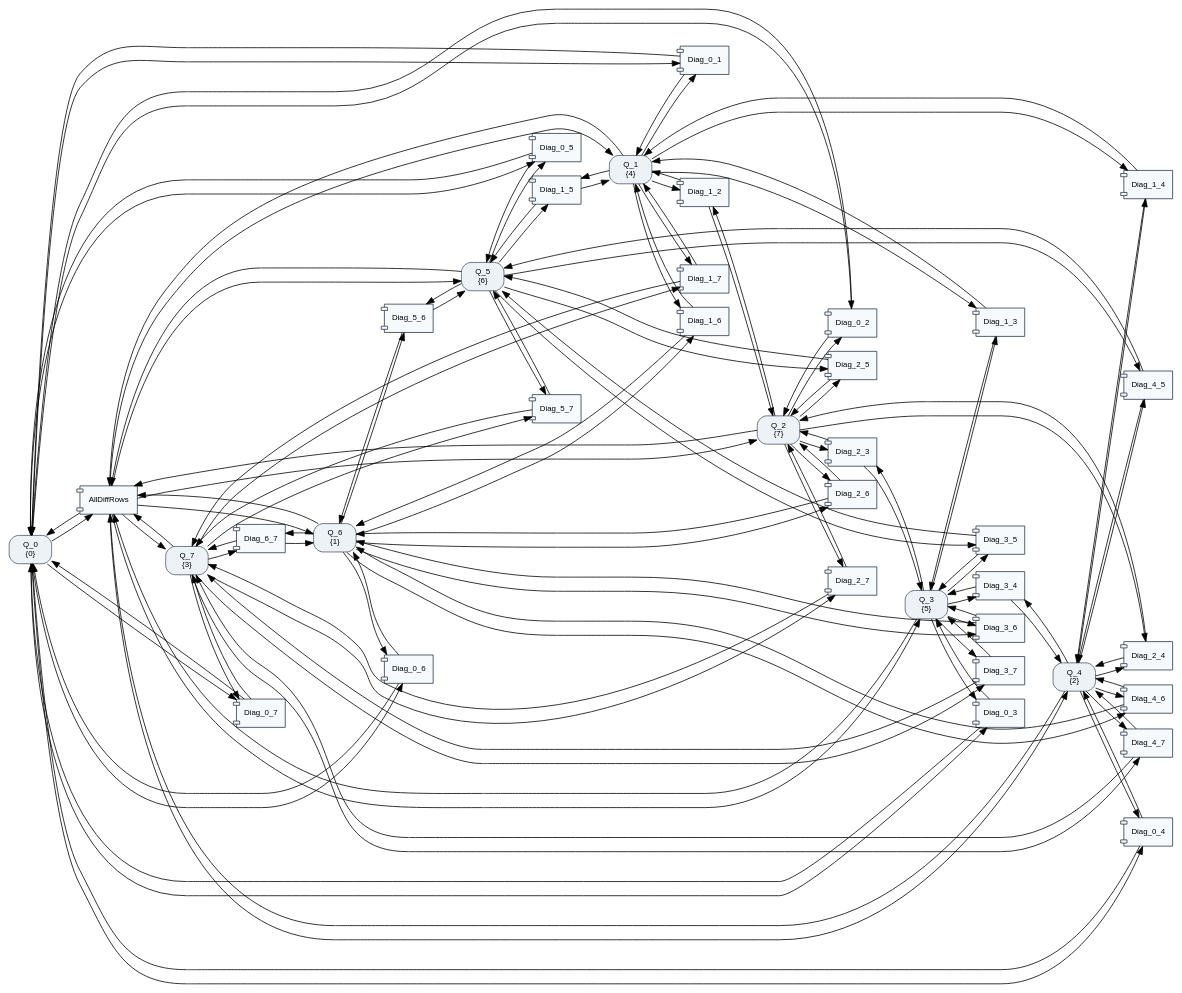
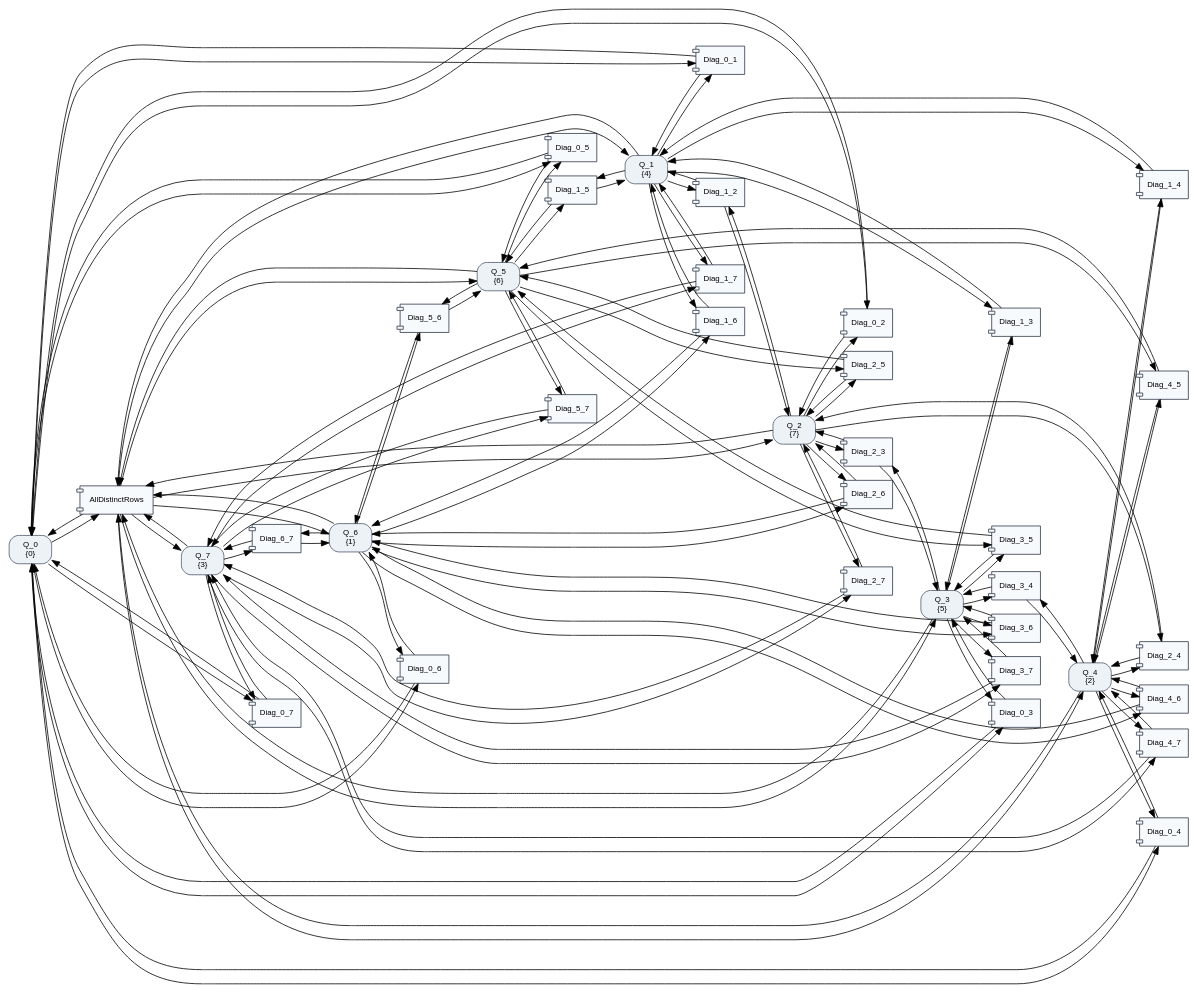
One commit to dougransom/lattice-propagator changed the diagram in docs/assets/n_queens_network.dot. Above: the diagram before and after it, drawn with Graphviz. The commit also changed 39 other files, not shown here.

First line of the commit message:
feat(primitives,docs): add AllDistinctPropagator, DelayedPropagator, tree_reduce/tree_sum, polymorphic graph, and relocate schematics

```diff
--- a/docs/assets/n_queens_network.dot
+++ b/docs/assets/n_queens_network.dot
@@ -1,172 +1,172 @@
 digraph "8Queens" {
   rankdir="LR";
   node [fontname="Helvetica", fontsize=10];
   edge [fontname="Helvetica", fontsize=9];
 
   C_Q_0 [label="Q_0\n{0}", shape=box, style="filled,rounded", fillcolor="#edf2f7", color="#4a5568"];
   C_Q_1 [label="Q_1\n{4}", shape=box, style="filled,rounded", fillcolor="#edf2f7", color="#4a5568"];
   C_Q_2 [label="Q_2\n{7}", shape=box, style="filled,rounded", fillcolor="#edf2f7", color="#4a5568"];
   C_Q_3 [label="Q_3\n{5}", shape=box, style="filled,rounded", fillcolor="#edf2f7", color="#4a5568"];
   C_Q_4 [label="Q_4\n{2}", shape=box, style="filled,rounded", fillcolor="#edf2f7", color="#4a5568"];
   C_Q_5 [label="Q_5\n{6}", shape=box, style="filled,rounded", fillcolor="#edf2f7", color="#4a5568"];
   C_Q_6 [label="Q_6\n{1}", shape=box, style="filled,rounded", fillcolor="#edf2f7", color="#4a5568"];
   C_Q_7 [label="Q_7\n{3}", shape=box, style="filled,rounded", fillcolor="#edf2f7", color="#4a5568"];
-  P_AllDiffRows [label="AllDiffRows", shape=component, style=filled, fillcolor="#f7fafc", color="#2d3748"];
+  P_AllDistinctRows [label="AllDistinctRows", shape=component, style=filled, fillcolor="#f7fafc", color="#2d3748"];
   P_Diag_0_1 [label="Diag_0_1", shape=component, style=filled, fillcolor="#f7fafc", color="#2d3748"];
   P_Diag_0_2 [label="Diag_0_2", shape=component, style=filled, fillcolor="#f7fafc", color="#2d3748"];
   P_Diag_0_3 [label="Diag_0_3", shape=component, style=filled, fillcolor="#f7fafc", color="#2d3748"];
   P_Diag_0_4 [label="Diag_0_4", shape=component, style=filled, fillcolor="#f7fafc", color="#2d3748"];
   P_Diag_0_5 [label="Diag_0_5", shape=component, style=filled, fillcolor="#f7fafc", color="#2d3748"];
   P_Diag_0_6 [label="Diag_0_6", shape=component, style=filled, fillcolor="#f7fafc", color="#2d3748"];
   P_Diag_0_7 [label="Diag_0_7", shape=component, style=filled, fillcolor="#f7fafc", color="#2d3748"];
   P_Diag_1_2 [label="Diag_1_2", shape=component, style=filled, fillcolor="#f7fafc", color="#2d3748"];
   P_Diag_1_3 [label="Diag_1_3", shape=component, style=filled, fillcolor="#f7fafc", color="#2d3748"];
   P_Diag_1_4 [label="Diag_1_4", shape=component, style=filled, fillcolor="#f7fafc", color="#2d3748"];
   P_Diag_1_5 [label="Diag_1_5", shape=component, style=filled, fillcolor="#f7fafc", color="#2d3748"];
   P_Diag_1_6 [label="Diag_1_6", shape=component, style=filled, fillcolor="#f7fafc", color="#2d3748"];
   P_Diag_1_7 [label="Diag_1_7", shape=component, style=filled, fillcolor="#f7fafc", color="#2d3748"];
   P_Diag_2_3 [label="Diag_2_3", shape=component, style=filled, fillcolor="#f7fafc", color="#2d3748"];
   P_Diag_2_4 [label="Diag_2_4", shape=component, style=filled, fillcolor="#f7fafc", color="#2d3748"];
   P_Diag_2_5 [label="Diag_2_5", shape=component, style=filled, fillcolor="#f7fafc", color="#2d3748"];
   P_Diag_2_6 [label="Diag_2_6", shape=component, style=filled, fillcolor="#f7fafc", color="#2d3748"];
   P_Diag_2_7 [label="Diag_2_7", shape=component, style=filled, fillcolor="#f7fafc", color="#2d3748"];
   P_Diag_3_4 [label="Diag_3_4", shape=component, style=filled, fillcolor="#f7fafc", color="#2d3748"];
   P_Diag_3_5 [label="Diag_3_5", shape=component, style=filled, fillcolor="#f7fafc", color="#2d3748"];
   P_Diag_3_6 [label="Diag_3_6", shape=component, style=filled, fillcolor="#f7fafc", color="#2d3748"];
   P_Diag_3_7 [label="Diag_3_7", shape=component, style=filled, fillcolor="#f7fafc", color="#2d3748"];
   P_Diag_4_5 [label="Diag_4_5", shape=component, style=filled, fillcolor="#f7fafc", color="#2d3748"];
   P_Diag_4_6 [label="Diag_4_6", shape=component, style=filled, fillcolor="#f7fafc", color="#2d3748"];
   P_Diag_4_7 [label="Diag_4_7", shape=component, style=filled, fillcolor="#f7fafc", color="#2d3748"];
   P_Diag_5_6 [label="Diag_5_6", shape=component, style=filled, fillcolor="#f7fafc", color="#2d3748"];
   P_Diag_5_7 [label="Diag_5_7", shape=component, style=filled, fillcolor="#f7fafc", color="#2d3748"];
   P_Diag_6_7 [label="Diag_6_7", shape=component, style=filled, fillcolor="#f7fafc", color="#2d3748"];
 
-  C_Q_0 -> P_AllDiffRows;
-  C_Q_1 -> P_AllDiffRows;
-  C_Q_2 -> P_AllDiffRows;
-  C_Q_3 -> P_AllDiffRows;
-  C_Q_4 -> P_AllDiffRows;
-  C_Q_5 -> P_AllDiffRows;
-  C_Q_6 -> P_AllDiffRows;
-  C_Q_7 -> P_AllDiffRows;
-  P_AllDiffRows -> C_Q_0;
-  P_AllDiffRows -> C_Q_1;
-  P_AllDiffRows -> C_Q_2;
-  P_AllDiffRows -> C_Q_3;
-  P_AllDiffRows -> C_Q_4;
-  P_AllDiffRows -> C_Q_5;
-  P_AllDiffRows -> C_Q_6;
-  P_AllDiffRows -> C_Q_7;
+  C_Q_0 -> P_AllDistinctRows;
+  C_Q_1 -> P_AllDistinctRows;
+  C_Q_2 -> P_AllDistinctRows;
+  C_Q_3 -> P_AllDistinctRows;
+  C_Q_4 -> P_AllDistinctRows;
+  C_Q_5 -> P_AllDistinctRows;
+  C_Q_6 -> P_AllDistinctRows;
+  C_Q_7 -> P_AllDistinctRows;
+  P_AllDistinctRows -> C_Q_0;
+  P_AllDistinctRows -> C_Q_1;
+  P_AllDistinctRows -> C_Q_2;
+  P_AllDistinctRows -> C_Q_3;
+  P_AllDistinctRows -> C_Q_4;
+  P_AllDistinctRows -> C_Q_5;
+  P_AllDistinctRows -> C_Q_6;
+  P_AllDistinctRows -> C_Q_7;
   C_Q_0 -> P_Diag_0_1;
   C_Q_1 -> P_Diag_0_1;
   P_Diag_0_1 -> C_Q_0;
   P_Diag_0_1 -> C_Q_1;
   C_Q_0 -> P_Diag_0_2;
   C_Q_2 -> P_Diag_0_2;
   P_Diag_0_2 -> C_Q_0;
   P_Diag_0_2 -> C_Q_2;
   C_Q_0 -> P_Diag_0_3;
   C_Q_3 -> P_Diag_0_3;
   P_Diag_0_3 -> C_Q_0;
   P_Diag_0_3 -> C_Q_3;
   C_Q_0 -> P_Diag_0_4;
   C_Q_4 -> P_Diag_0_4;
   P_Diag_0_4 -> C_Q_0;
   P_Diag_0_4 -> C_Q_4;
   C_Q_0 -> P_Diag_0_5;
   C_Q_5 -> P_Diag_0_5;
   P_Diag_0_5 -> C_Q_0;
   P_Diag_0_5 -> C_Q_5;
   C_Q_0 -> P_Diag_0_6;
   C_Q_6 -> P_Diag_0_6;
   P_Diag_0_6 -> C_Q_0;
   P_Diag_0_6 -> C_Q_6;
   C_Q_0 -> P_Diag_0_7;
   C_Q_7 -> P_Diag_0_7;
   P_Diag_0_7 -> C_Q_0;
   P_Diag_0_7 -> C_Q_7;
   C_Q_1 -> P_Diag_1_2;
   C_Q_2 -> P_Diag_1_2;
   P_Diag_1_2 -> C_Q_1;
   P_Diag_1_2 -> C_Q_2;
   C_Q_1 -> P_Diag_1_3;
   C_Q_3 -> P_Diag_1_3;
   P_Diag_1_3 -> C_Q_1;
   P_Diag_1_3 -> C_Q_3;
   C_Q_1 -> P_Diag_1_4;
   C_Q_4 -> P_Diag_1_4;
   P_Diag_1_4 -> C_Q_1;
   P_Diag_1_4 -> C_Q_4;
   C_Q_1 -> P_Diag_1_5;
   C_Q_5 -> P_Diag_1_5;
   P_Diag_1_5 -> C_Q_1;
   P_Diag_1_5 -> C_Q_5;
   C_Q_1 -> P_Diag_1_6;
   C_Q_6 -> P_Diag_1_6;
   P_Diag_1_6 -> C_Q_1;
   P_Diag_1_6 -> C_Q_6;
   C_Q_1 -> P_Diag_1_7;
   C_Q_7 -> P_Diag_1_7;
   P_Diag_1_7 -> C_Q_1;
   P_Diag_1_7 -> C_Q_7;
   C_Q_2 -> P_Diag_2_3;
   C_Q_3 -> P_Diag_2_3;
   P_Diag_2_3 -> C_Q_2;
   P_Diag_2_3 -> C_Q_3;
   C_Q_2 -> P_Diag_2_4;
   C_Q_4 -> P_Diag_2_4;
   P_Diag_2_4 -> C_Q_2;
   P_Diag_2_4 -> C_Q_4;
   C_Q_2 -> P_Diag_2_5;
   C_Q_5 -> P_Diag_2_5;
   P_Diag_2_5 -> C_Q_2;
   P_Diag_2_5 -> C_Q_5;
   C_Q_2 -> P_Diag_2_6;
   C_Q_6 -> P_Diag_2_6;
   P_Diag_2_6 -> C_Q_2;
   P_Diag_2_6 -> C_Q_6;
   C_Q_2 -> P_Diag_2_7;
   C_Q_7 -> P_Diag_2_7;
   P_Diag_2_7 -> C_Q_2;
   P_Diag_2_7 -> C_Q_7;
   C_Q_3 -> P_Diag_3_4;
   C_Q_4 -> P_Diag_3_4;
   P_Diag_3_4 -> C_Q_3;
   P_Diag_3_4 -> C_Q_4;
   C_Q_3 -> P_Diag_3_5;
   C_Q_5 -> P_Diag_3_5;
   P_Diag_3_5 -> C_Q_3;
   P_Diag_3_5 -> C_Q_5;
   C_Q_3 -> P_Diag_3_6;
   C_Q_6 -> P_Diag_3_6;
   P_Diag_3_6 -> C_Q_3;
   P_Diag_3_6 -> C_Q_6;
   C_Q_3 -> P_Diag_3_7;
   C_Q_7 -> P_Diag_3_7;
   P_Diag_3_7 -> C_Q_3;
   P_Diag_3_7 -> C_Q_7;
   C_Q_4 -> P_Diag_4_5;
   C_Q_5 -> P_Diag_4_5;
   P_Diag_4_5 -> C_Q_4;
   P_Diag_4_5 -> C_Q_5;
   C_Q_4 -> P_Diag_4_6;
   C_Q_6 -> P_Diag_4_6;
   P_Diag_4_6 -> C_Q_4;
   P_Diag_4_6 -> C_Q_6;
   C_Q_4 -> P_Diag_4_7;
   C_Q_7 -> P_Diag_4_7;
   P_Diag_4_7 -> C_Q_4;
   P_Diag_4_7 -> C_Q_7;
   C_Q_5 -> P_Diag_5_6;
   C_Q_6 -> P_Diag_5_6;
   P_Diag_5_6 -> C_Q_5;
   P_Diag_5_6 -> C_Q_6;
   C_Q_5 -> P_Diag_5_7;
   C_Q_7 -> P_Diag_5_7;
   P_Diag_5_7 -> C_Q_5;
   P_Diag_5_7 -> C_Q_7;
   C_Q_6 -> P_Diag_6_7;
   C_Q_7 -> P_Diag_6_7;
   P_Diag_6_7 -> C_Q_6;
   P_Diag_6_7 -> C_Q_7;
 }
```
